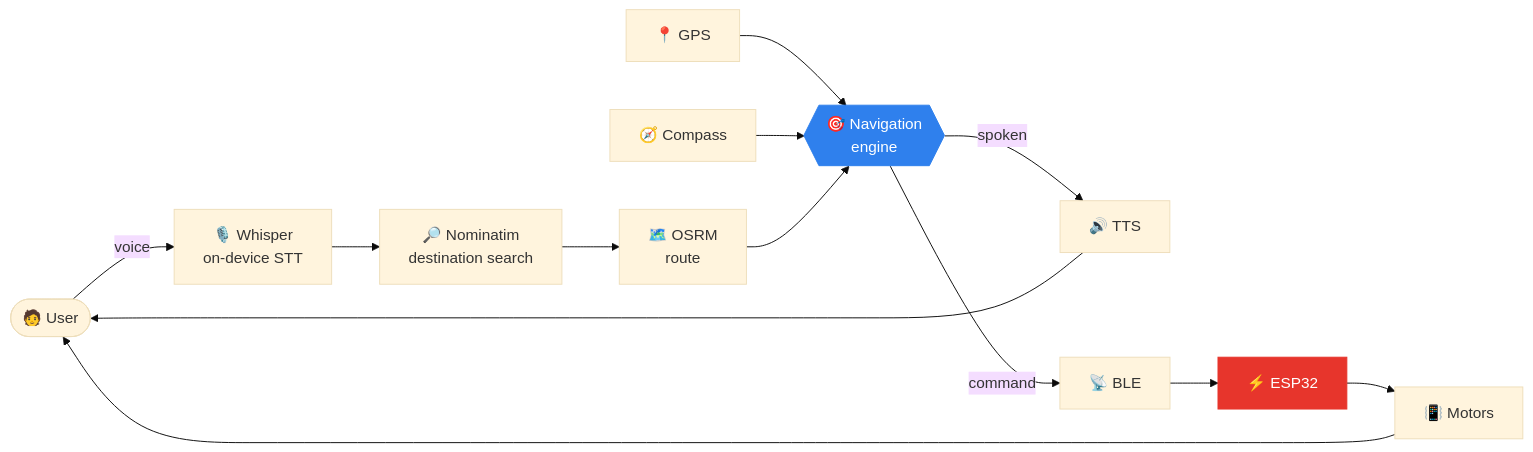
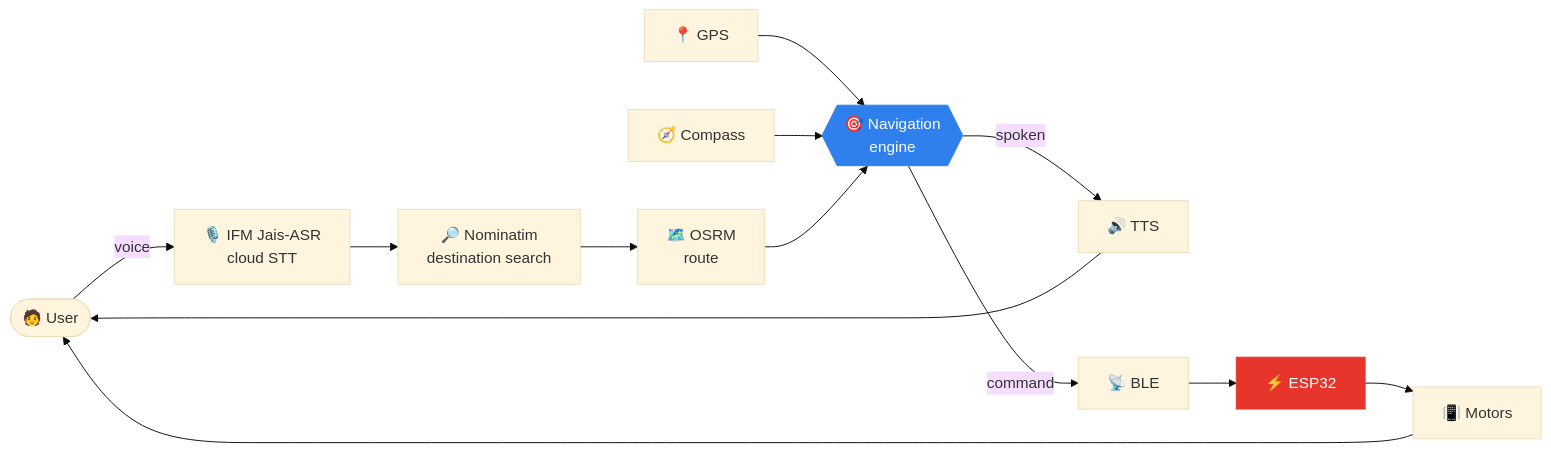
The first of 5 diagrams in README.md (Salahaldin-tech/droobi-wearable-navigation-belt), drawn with Mermaid (base theme) before and after one commit. The commit also changed other lines of this file and 5 other files, not shown here.

First line of the commit message:
Make IFM Jais-ASR the primary voice recognition engine

````diff
--- a/README.md
+++ b/README.md
@@ -119,18 +119,18 @@
 ```mermaid
 flowchart LR
-    U([🧑 User]) -->|voice| V[🎙️ Whisper<br/>on-device STT]
+    U([🧑 User]) -->|voice| V[🎙️ IFM Jais-ASR<br/>cloud STT]
     V --> S[🔎 Nominatim<br/>destination search]
     S --> R[🗺️ OSRM<br/>route]
     G[📍 GPS] --> N
     C[🧭 Compass] --> N
     R --> N{{🎯 Navigation<br/>engine}}
     N -->|spoken| T[🔊 TTS]
     N -->|command| B[📡 BLE]
     B --> E[⚡ ESP32]
     E --> M[📳 Motors]
     T --> U
     M --> U
 
     style N fill:#2F80ED,color:#fff,stroke:#2F80ED
     style E fill:#E7352C,color:#fff,stroke:#E7352C
 ```
````
